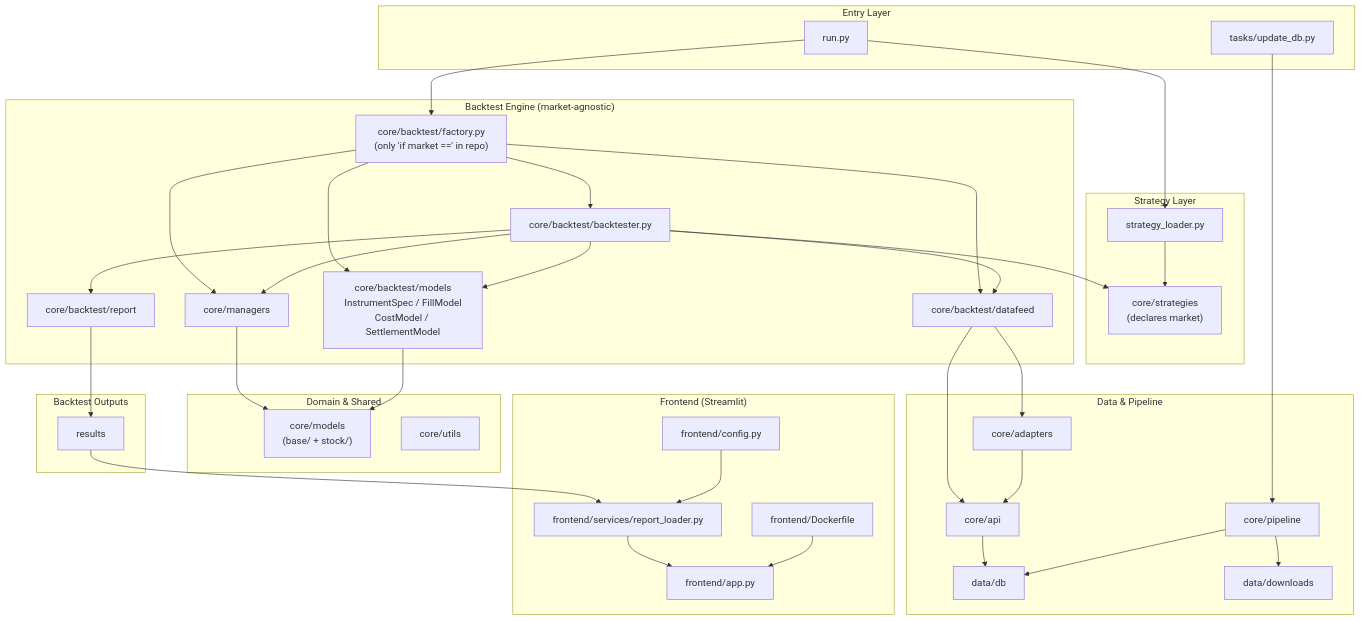
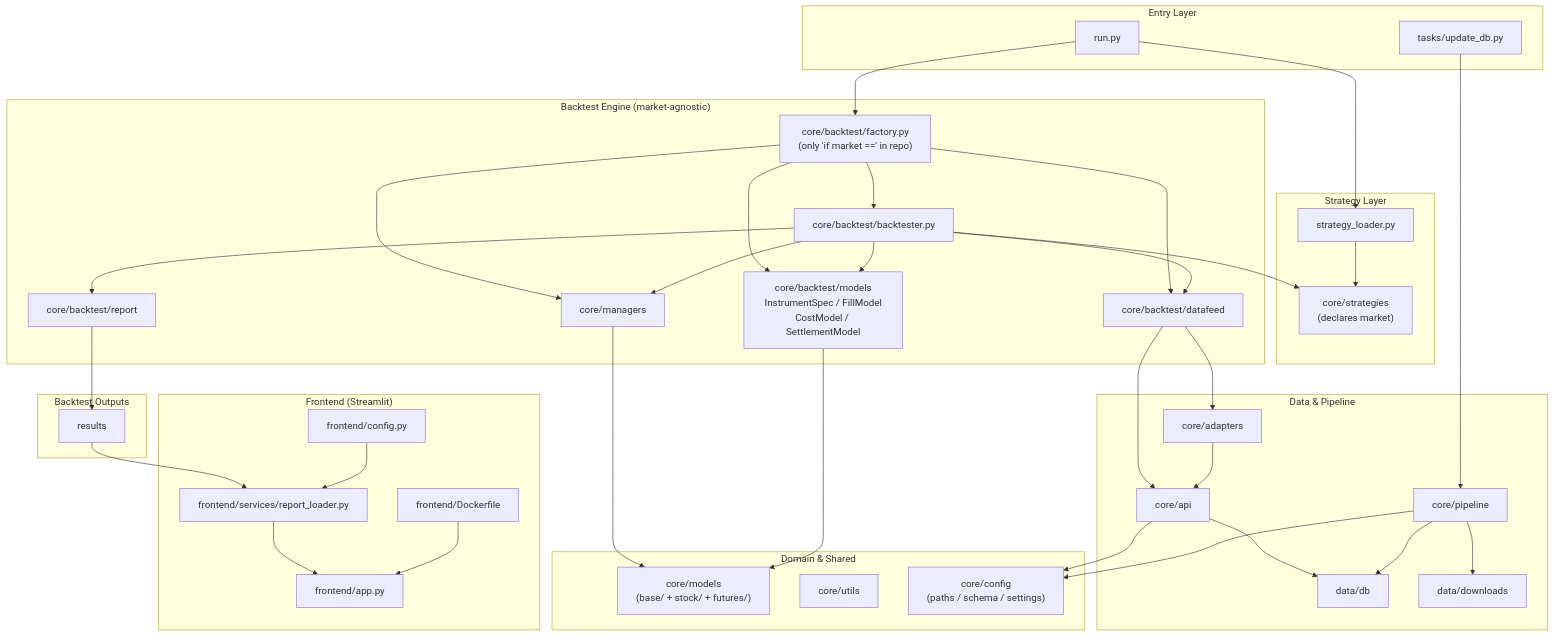
Before and after one commit to kuo220/AlphaEdge: the diagram in README.md, drawn with Mermaid. The commit also changed other lines of this file and 3 other files, not shown here.

````diff
--- a/README.md
+++ b/README.md
@@ -11,72 +11,75 @@
 ```mermaid
 graph TB
     subgraph entry ["Entry Layer"]
         RunPy["run.py"]
         Tasks["tasks/update_db.py"]
     end
 
     subgraph strategy_layer ["Strategy Layer"]
         Strategies["core/strategies<br/>(declares market)"]
         Loader["strategy_loader.py"]
     end
 
     subgraph engine_layer ["Backtest Engine (market-agnostic)"]
         Factory["core/backtest/factory.py<br/>(only 'if market ==' in repo)"]
         Backtester["core/backtest/backtester.py"]
         BTModels["core/backtest/models<br/>InstrumentSpec / FillModel<br/>CostModel / SettlementModel"]
         Feed["core/backtest/datafeed"]
         Managers["core/managers"]
         Report["core/backtest/report"]
     end
 
     subgraph domain_layer ["Domain & Shared"]
-        Models["core/models<br/>(base/ + stock/)"]
+        Models["core/models<br/>(base/ + stock/ + futures/)"]
         Utils["core/utils"]
+        Config["core/config<br/>(paths / schema / settings)"]
     end
 
     subgraph data_layer ["Data & Pipeline"]
         API["core/api"]
         Adapters["core/adapters"]
         Pipeline["core/pipeline"]
         DB["data/db"]
         Data["data/downloads"]
     end
 
     subgraph output_layer ["Backtest Outputs"]
         Results["results"]
     end
 
     subgraph frontend_layer ["Frontend (Streamlit)"]
         FrontendApp["frontend/app.py"]
         FrontendService["frontend/services/report_loader.py"]
         FrontendConfig["frontend/config.py"]
         FrontendDocker["frontend/Dockerfile"]
     end
 
     RunPy --> Loader
     Loader --> Strategies
     RunPy --> Factory
     Factory --> Backtester
     Factory --> BTModels
     Factory --> Feed
     Factory --> Managers
     Backtester --> Strategies
     Backtester --> BTModels
     Backtester --> Feed
     Backtester --> Managers
     Backtester --> Report
     Managers --> Models
     BTModels --> Models
     Feed --> API
     Feed --> Adapters
     API --> DB
     Adapters --> API
+    API --> Config
+    Pipeline --> Config
     Tasks --> Pipeline
     Pipeline --> DB
     Pipeline --> Data
     Report --> Results
     Results --> FrontendService
     FrontendConfig --> FrontendService
     FrontendService --> FrontendApp
     FrontendDocker --> FrontendApp
 ```
````
